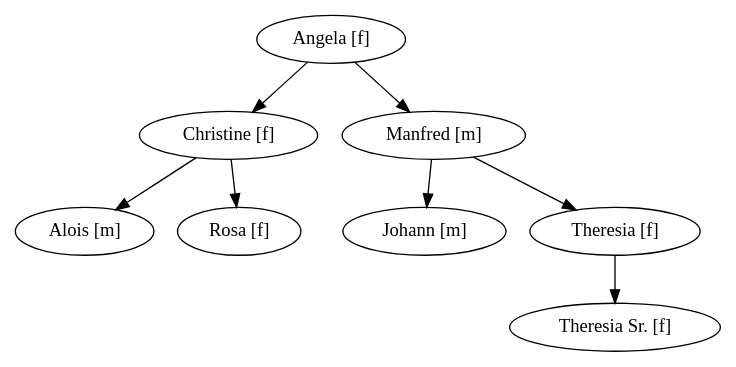
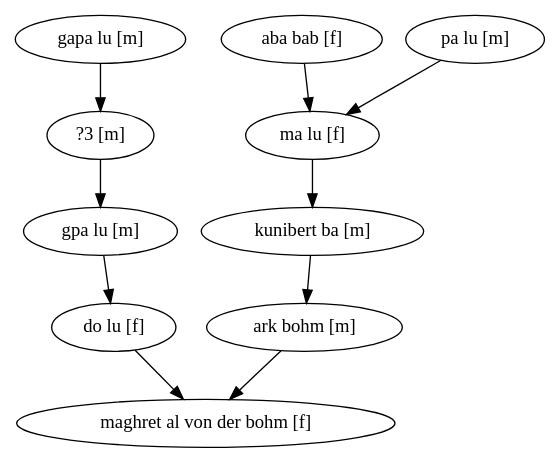
The diagram in YoYoPenis.dot (hakson/hakso), drawn with Graphviz before and after one commit. The commit also changed 1 other file, not shown here.

```diff
--- a/YoYoPenis.dot
+++ b/YoYoPenis.dot
@@ -1,13 +1,12 @@
 digraph FamilyTree
 {
-  "Alois [m]";
-  "Angela [f]" -> "Christine [f]";
-  "Angela [f]" -> "Manfred [m]";
-  "Christine [f]" -> "Rosa [f]";
-  "Christine [f]" -> "Alois [m]";
-  "Johann [m]";
-  "Manfred [m]" -> "Theresia [f]";
-  "Manfred [m]" -> "Johann [m]";
-  "Theresia [f]" -> "Theresia Sr. [f]";
-  "Theresia Sr. [f]";
+  "gapa lu [m]" -> "?3 [m]";
+  "kunibert ba [m]" -> "ark bohm [m]";
+  "gpa lu [m]" -> "do lu [f]";
+  "?3 [m]" -> "gpa lu [m]";
+  "ma lu [f]" -> "kunibert ba [m]";
+  "aba bab [f]" -> "ma lu [f]";
+  "pa lu [m]" -> "ma lu [f]";
+  "do lu [f]" -> "maghret al von der bohm [f]";
+  "ark bohm [m]" -> "maghret al von der bohm [f]";
 }
```
